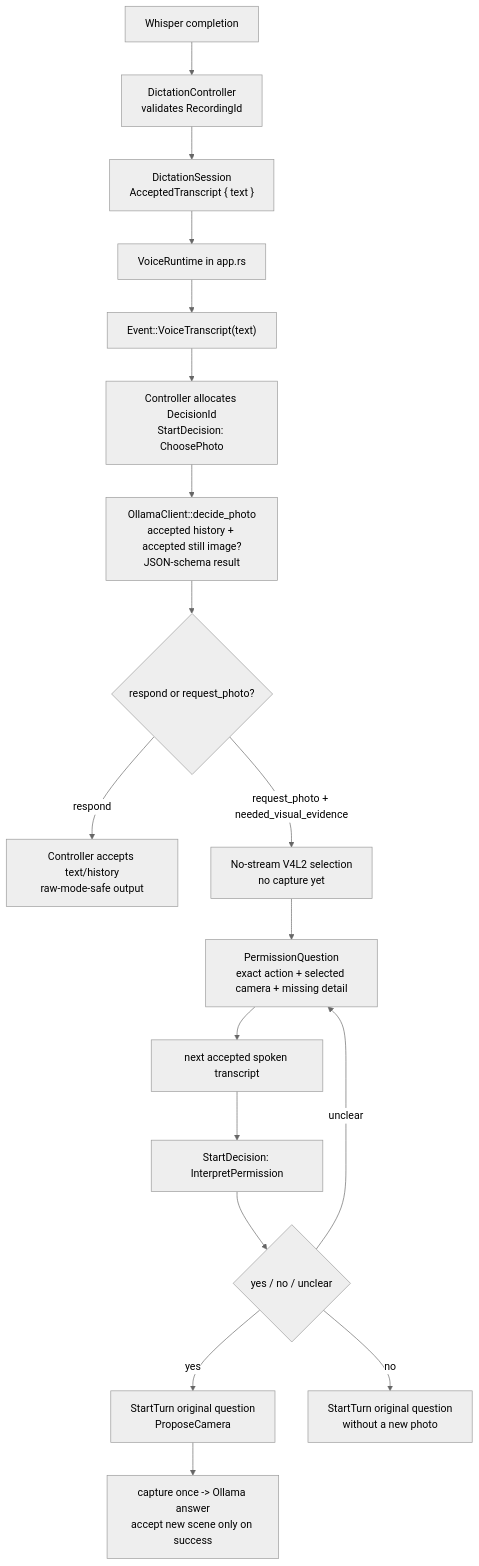
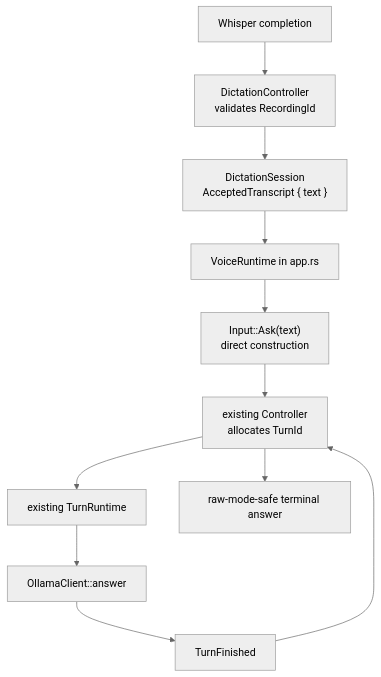
One commit to samuelebstein/independence changed the fourth of 4 diagrams in README.md. Above: the diagram before and after it, drawn with Mermaid (neutral theme). The commit also changed other lines of this file and 15 other files, not shown here.

````diff
--- a/README.md
+++ b/README.md
@@ -802,20 +596,13 @@
 ```mermaid
 flowchart TD
     A["Whisper completion"] --> B["DictationController\nvalidates RecordingId"]
     B --> C["DictationSession\nAcceptedTranscript { text }"]
     C --> D["VoiceRuntime in app.rs"]
-    D --> E["Event::VoiceTranscript(text)"]
-    E --> F["Controller allocates DecisionId\nStartDecision: ChoosePhoto"]
-    F --> G["OllamaClient::decide_photo\naccepted history + accepted still image?\nJSON-schema result"]
-    G --> H{"respond or request_photo?"}
-    H -->|respond| I["Controller accepts text/history\nraw-mode-safe output"]
-    H -->|request_photo + needed_visual_evidence| J["No-stream V4L2 selection\nno capture yet"]
-    J --> K["PermissionQuestion\nexact action + selected camera + missing detail"]
-    K --> L["next accepted spoken transcript"]
-    L --> M["StartDecision: InterpretPermission"]
-    M --> N{"yes / no / unclear"}
-    N -->|yes| O["StartTurn original question\nProposeCamera"]
-    O --> P["capture once -> Ollama answer\naccept new scene only on success"]
-    N -->|no| Q["StartTurn original question\nwithout a new photo"]
-    N -->|unclear| K
+    D --> E["Input::Ask(text)\ndirect construction"]
+    E --> F["existing Controller\nallocates TurnId"]
+    F --> G["existing TurnRuntime"]
+    G --> H["OllamaClient::answer"]
+    H --> I["TurnFinished"]
+    I --> F
+    F --> J["raw-mode-safe terminal answer"]
 ```
````
